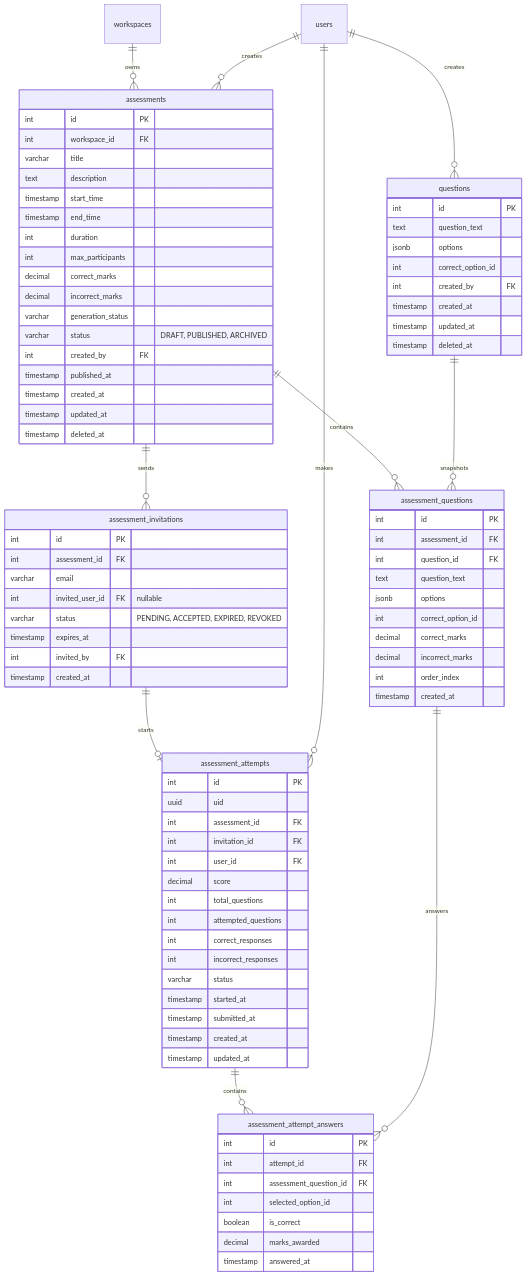
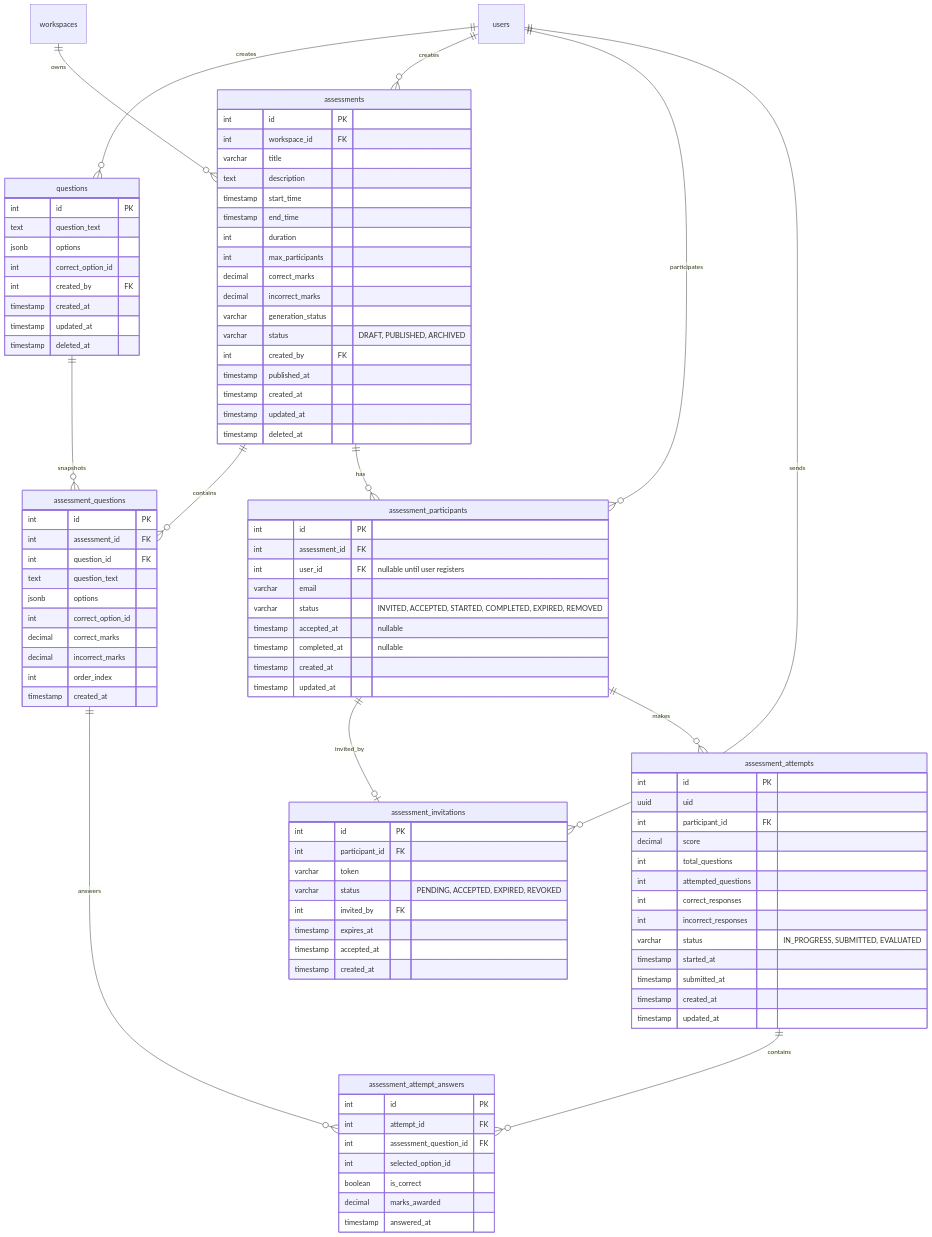
One commit to sharma-dikshant/TestFlow-Docs changed the third of 6 diagrams in docs/erd-organisation.md. Above: the diagram before and after it, drawn with Mermaid.

Commit message:
docs: update the assessment engine - organisation

````diff
--- a/docs/erd-organisation.md
+++ b/docs/erd-organisation.md
@@ -219,29 +218,39 @@
         timestamp created_at
     }
 
+    assessment_participants {
+        int id PK
+        int assessment_id FK
+        int user_id FK "nullable until user registers"
+        varchar email
+        varchar status "INVITED, ACCEPTED, STARTED, COMPLETED, EXPIRED, REMOVED"
+        timestamp accepted_at "nullable"
+        timestamp completed_at "nullable"
+        timestamp created_at
+        timestamp updated_at
+    }
+
     assessment_invitations {
         int id PK
-        int assessment_id FK
-        varchar email
-        int invited_user_id FK "nullable"
+        int participant_id FK
+        varchar token
         varchar status "PENDING, ACCEPTED, EXPIRED, REVOKED"
+        int invited_by FK
         timestamp expires_at
-        int invited_by FK
+        timestamp accepted_at
         timestamp created_at
     }
 
     assessment_attempts {
         int id PK
         uuid uid
-        int assessment_id FK
-        int invitation_id FK
-        int user_id FK
+        int participant_id FK
         decimal score
         int total_questions
         int attempted_questions
         int correct_responses
         int incorrect_responses
-        varchar status
+        varchar status "IN_PROGRESS, SUBMITTED, EVALUATED"
         timestamp started_at
         timestamp submitted_at
         timestamp created_at
@@ -266,12 +275,15 @@
     assessments ||--o{ assessment_questions : contains
     questions ||--o{ assessment_questions : snapshots
 
-    assessments ||--o{ assessment_invitations : sends
+    assessments ||--o{ assessment_participants : has
+    assessment_participants ||--o| assessment_invitations : invited_by
 
-    assessment_invitations ||--o| assessment_attempts : starts
+    users ||--o{ assessment_participants : participates
 
-    users ||--o{ assessment_attempts : makes
+    assessment_participants ||--o{ assessment_attempts : makes
 
     assessment_attempts ||--o{ assessment_attempt_answers : contains
     assessment_questions ||--o{ assessment_attempt_answers : answers
+
+    users ||--o{ assessment_invitations : sends
 ```
````
